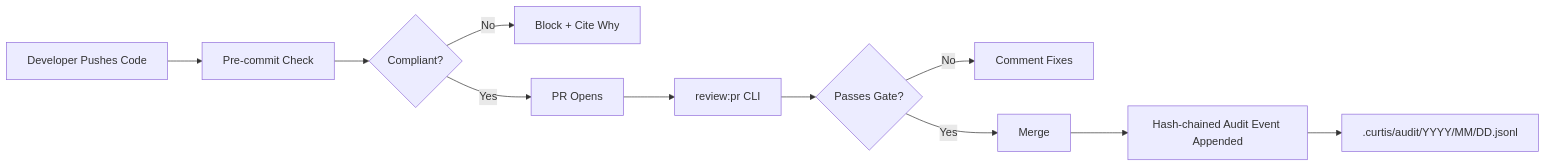
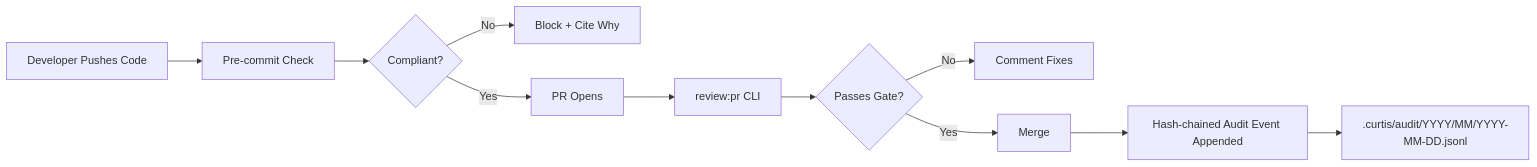
Before and after one commit to JordanNewell/curtis-compliance: the diagram in README.md, drawn with Mermaid. The commit also changed other lines of this file and 21 other files, not shown here.

````diff
--- a/README.md
+++ b/README.md
@@ -60,13 +60,13 @@
 ```mermaid
 graph LR
     A[Developer Pushes Code] --> B[Pre-commit Check]
     B --> C{Compliant?}
     C -->|No| D[Block + Cite Why]
     C -->|Yes| E[PR Opens]
     E --> F[review:pr CLI]
     F --> G{Passes Gate?}
     G -->|No| H[Comment Fixes]
     G -->|Yes| I[Merge]
     I --> J[Hash-chained Audit Event Appended]
-    J --> K[.curtis/audit/YYYY/MM/DD.jsonl]
+    J --> K[.curtis/audit/YYYY/MM/YYYY-MM-DD.jsonl]
 ```
````
